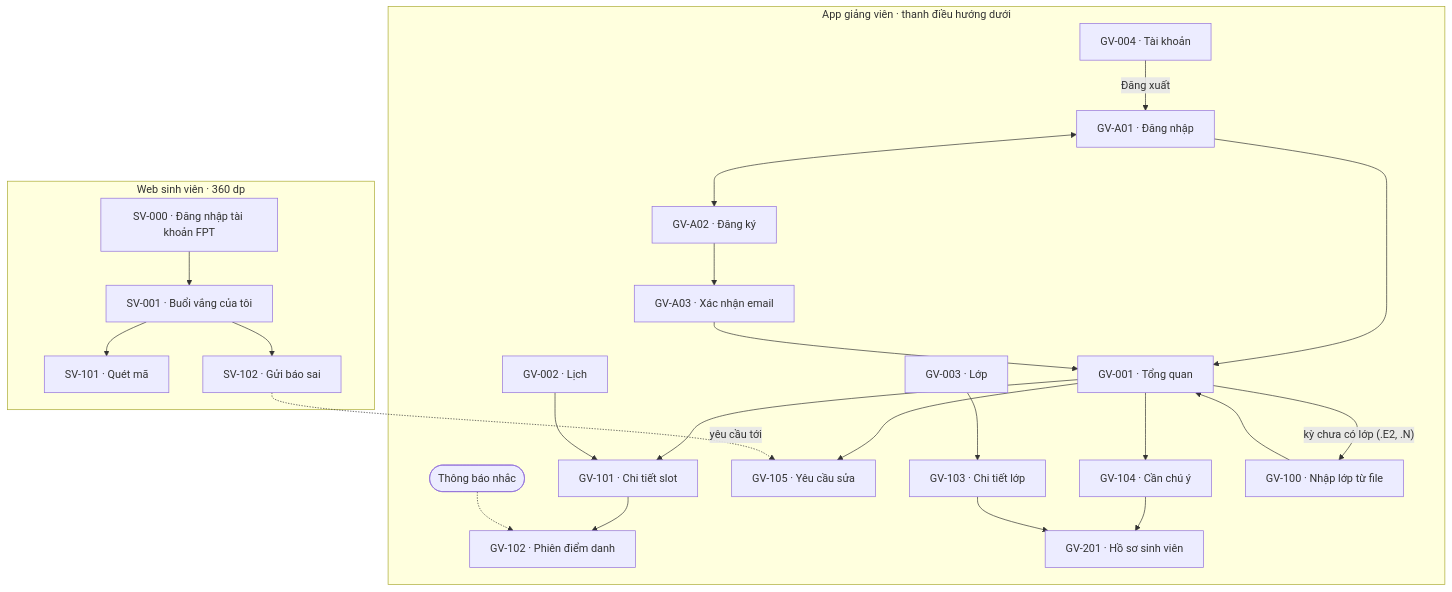
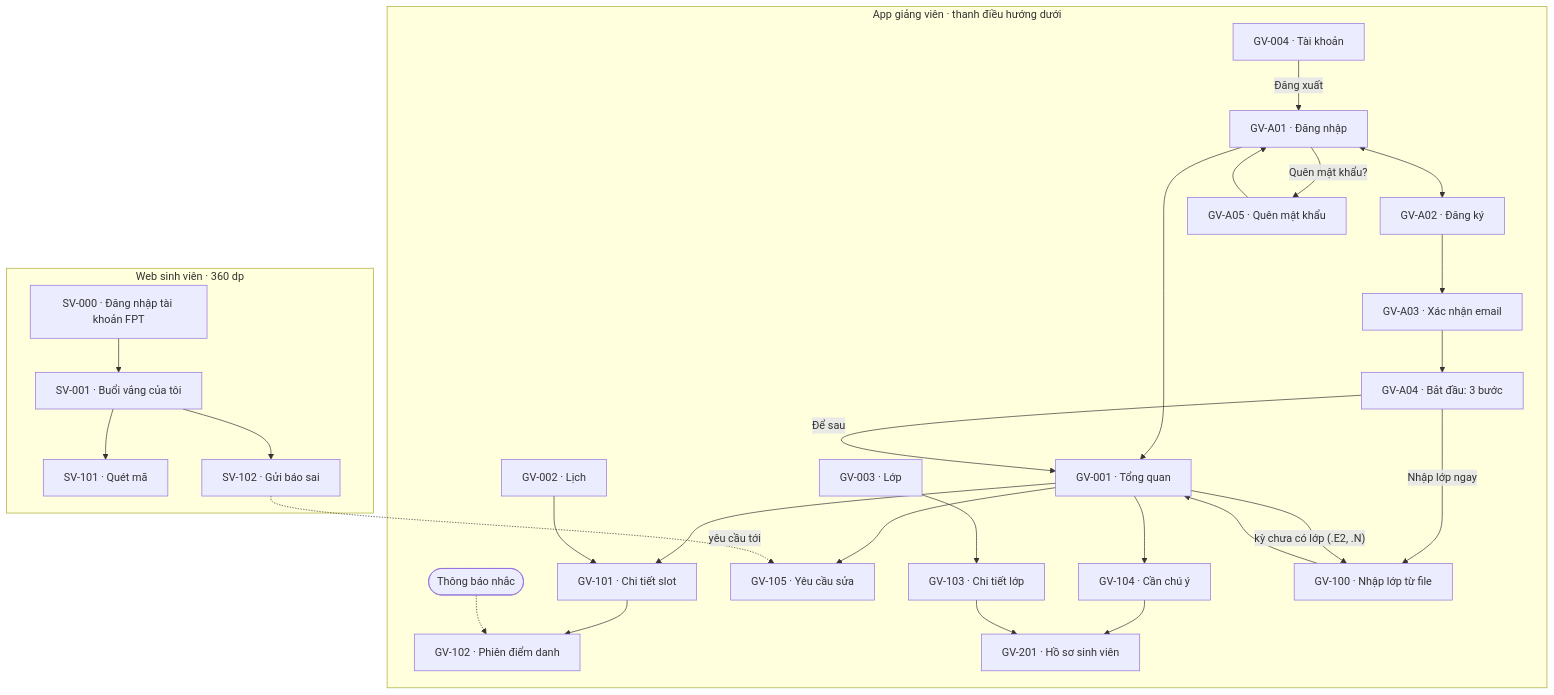
The first of 6 diagrams in ux/user-flow.md (thiengthb/prm323-lab2-SE190533), drawn with Mermaid before and after one commit. The commit also changed other lines of this file and 6 other files, not shown here.

First line of the commit message:
UX vòng đời: Google, bước đệm sau đăng ký, Tổng quan kỳ chưa có lớp, quên mật khẩu; prototype dựng lại (D-20..D-23)

````diff
--- a/ux/user-flow.md
+++ b/ux/user-flow.md
@@ -19,30 +19,33 @@
 ```mermaid
 flowchart TD
     subgraph GV["App giảng viên · thanh điều hướng dưới"]
         T1["GV-001 · Tổng quan"]
         T2["GV-002 · Lịch"]
         T3["GV-003 · Lớp"]
         T4["GV-004 · Tài khoản"]
         T1 --> S101["GV-101 · Chi tiết slot"]
         T2 --> S101
         S101 --> S102["GV-102 · Phiên điểm danh"]
         T1 --> S104["GV-104 · Cần chú ý"]
         T1 --> S105["GV-105 · Yêu cầu sửa"]
         T3 --> S103["GV-103 · Chi tiết lớp"]
         S104 --> S201["GV-201 · Hồ sơ sinh viên"]
         S103 --> S201
         N(["Thông báo nhắc"]) -.-> S102
         A1["GV-A01 · Đăng nhập"] --> T1
-        A2["GV-A02 · Đăng ký"] --> A3["GV-A03 · Xác nhận email"] --> T1
+        A2["GV-A02 · Đăng ký"] --> A3["GV-A03 · Xác nhận email"] --> A4["GV-A04 · Bắt đầu: 3 bước"]
+        A4 -->|"Nhập lớp ngay"| S100
+        A4 -->|"Để sau"| T1
+        A1 -->|"Quên mật khẩu?"| A5["GV-A05 · Quên mật khẩu"] --> A1
         A1 <--> A2
         T1 -->|"kỳ chưa có lớp (.E2, .N)"| S100["GV-100 · Nhập lớp từ file"]
         S100 --> T1
         T4 -->|"Đăng xuất"| A1
     end
     subgraph SV["Web sinh viên · 360 dp"]
         W0["SV-000 · Đăng nhập tài khoản FPT"] --> W1["SV-001 · Buổi vắng của tôi"]
         W1 --> W2["SV-101 · Quét mã"]
         W1 --> W3["SV-102 · Gửi báo sai"]
     end
     W3 -.->|"yêu cầu tới"| S105
 ```
````
